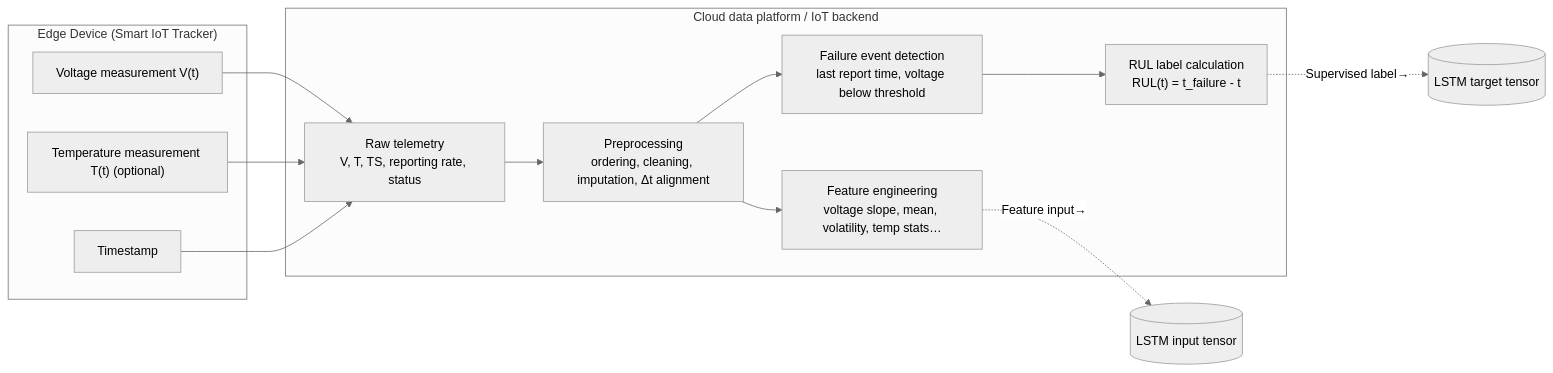
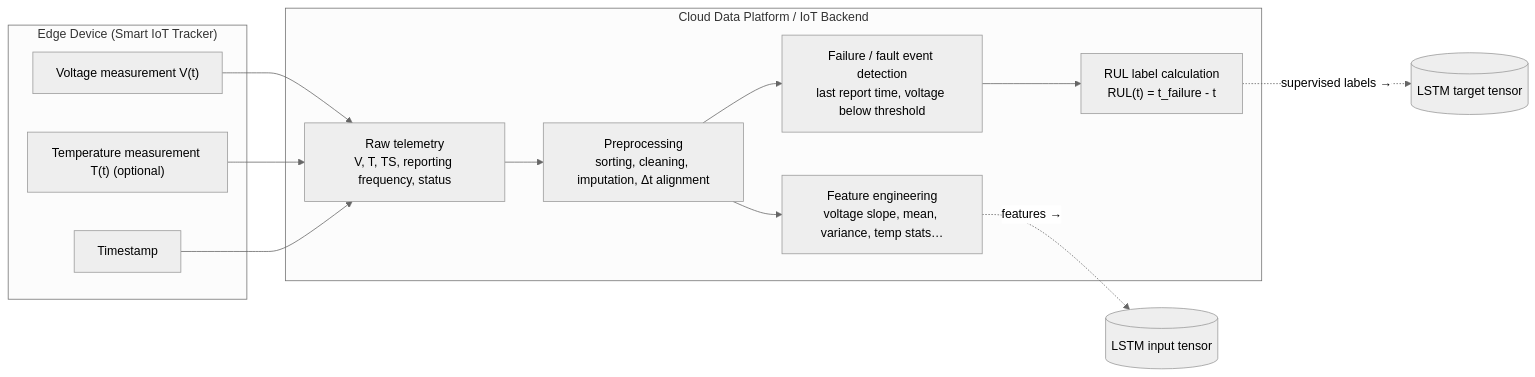
The third of 10 diagrams in proposal/AI-Application-Enhancement-Program-Proposal-Submission.md (jshuo/ai-moea-proposal), drawn with Mermaid (neutral theme) before and after one commit. The commit also changed other lines of this file and 3 other files, not shown here.

````diff
--- a/proposal/AI-Application-Enhancement-Program-Proposal-Submission.md
+++ b/proposal/AI-Application-Enhancement-Program-Proposal-Submission.md
@@ -571,28 +577,28 @@
   ```mermaid
   flowchart LR
     subgraph Device ["Edge Device (Smart IoT Tracker)"]
       V["Voltage measurement V(t)"]
       T["Temperature measurement T(t) (optional)"]
       TS[Timestamp]
     end
 
-    subgraph Cloud ["Cloud data platform / IoT backend"]
-      RAW["Raw telemetry<br/>V, T, TS, reporting rate, status"]
-      PROC["Preprocessing<br/>ordering, cleaning, imputation, Δt alignment"]
-      FAIL["Failure event detection<br/>last report time, voltage below threshold"]
+    subgraph Cloud ["Cloud Data Platform / IoT Backend"]
+      RAW["Raw telemetry<br/>V, T, TS, reporting frequency, status"]
+      PROC["Preprocessing<br/>sorting, cleaning, imputation, Δt alignment"]
+      FAIL["Failure / fault event detection<br/>last report time, voltage below threshold"]
       RULLBL["RUL label calculation<br/>RUL(t) = t_failure - t"]
-      FEAT["Feature engineering<br/>voltage slope, mean, volatility, temp stats…"]
+      FEAT["Feature engineering<br/>voltage slope, mean, variance, temp stats…"]
     end
 
     V --> RAW
     T --> RAW
     TS --> RAW
 
     RAW --> PROC
     PROC --> FAIL
     PROC --> FEAT
     FAIL --> RULLBL
 
-    FEAT -.->|Feature input→| LSTM_INPUT[(LSTM input tensor)]
-    RULLBL -.->|Supervised label→| LSTM_LABEL[(LSTM target tensor)]
+    FEAT -.->|features →| LSTM_INPUT[(LSTM input tensor)]
+    RULLBL -.->|supervised labels →| LSTM_LABEL[(LSTM target tensor)]
   ```
````
